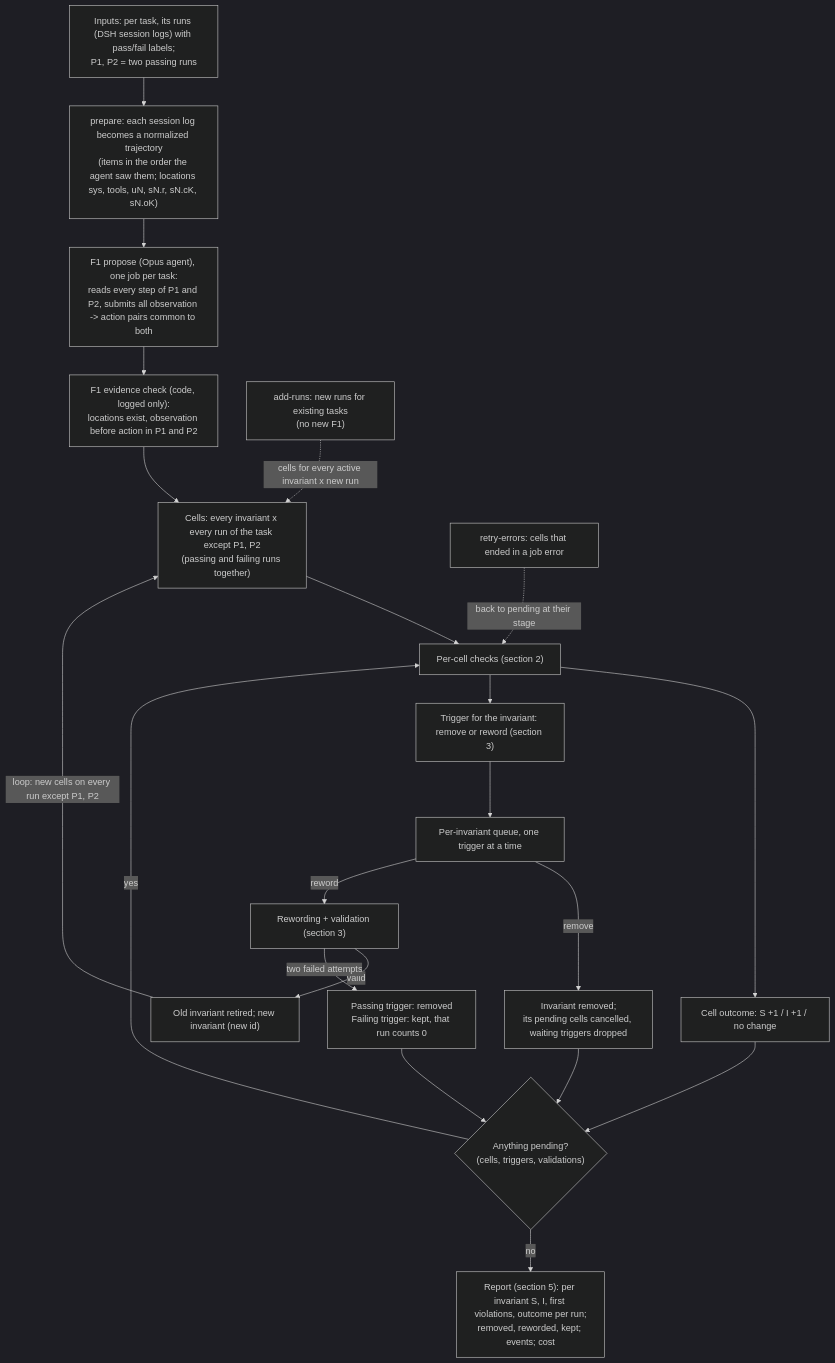
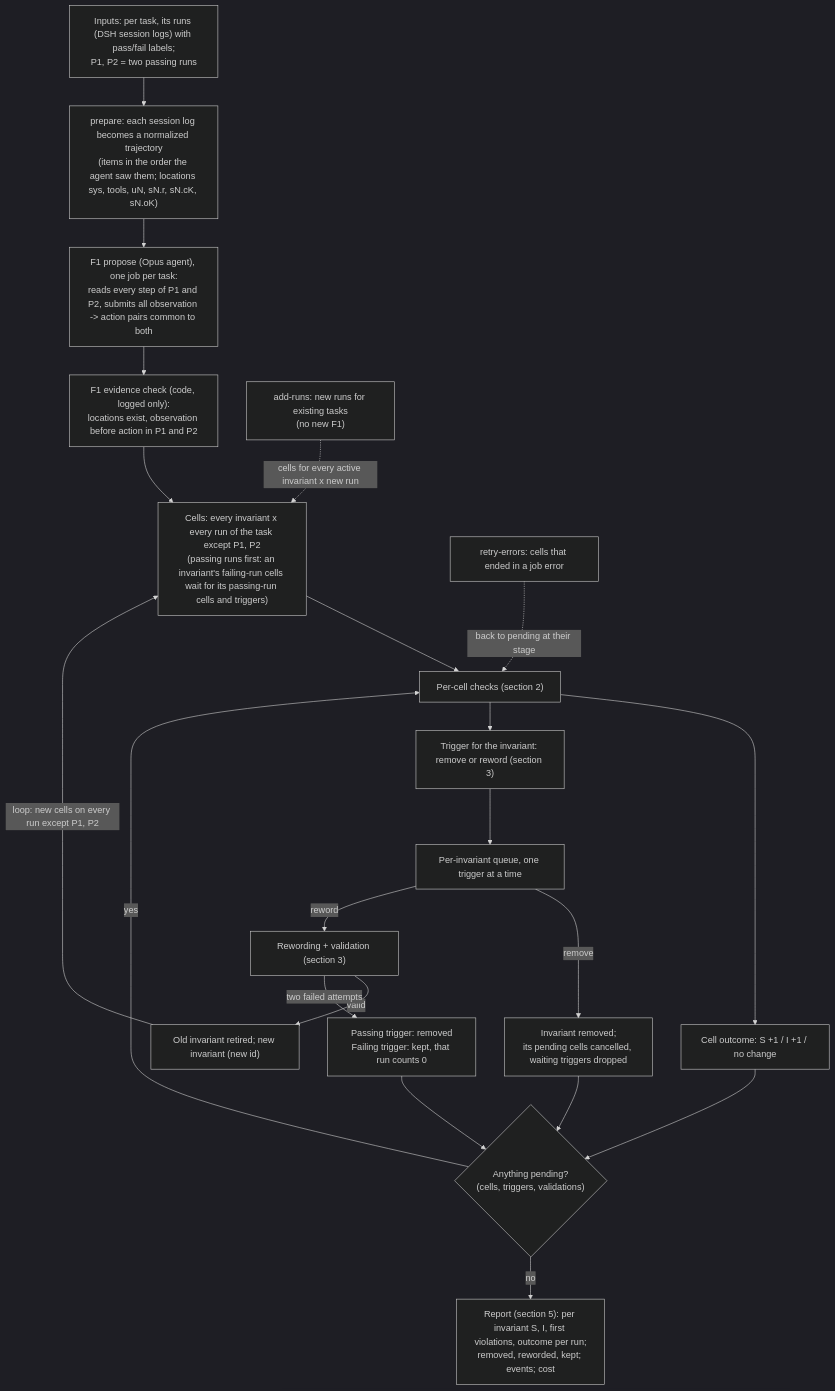
Before and after one commit to div652/invariant-miner: the first of 5 diagrams in docs/2same-invariant-algo/FLOWCHART.md, drawn with Mermaid (dark theme). The commit also changed other lines of this file and 7 other files, not shown here.

Commit message:
invariant_mining: passing runs first (an invariant's failing-run cells wait for its passing-run cells and open triggers); config check_order; docs; QNA turn 60

````diff
--- a/docs/2same-invariant-algo/FLOWCHART.md
+++ b/docs/2same-invariant-algo/FLOWCHART.md
@@ -11,23 +11,23 @@
 ```mermaid
 flowchart TD
     IN["Inputs: per task, its runs (DSH session logs) with pass/fail labels;<br/>P1, P2 = two passing runs"] --> PREP["prepare: each session log becomes a normalized trajectory<br/>(items in the order the agent saw them; locations sys, tools, uN, sN.r, sN.cK, sN.oK)"]
     PREP --> F1["F1 propose (Opus agent), one job per task:<br/>reads every step of P1 and P2, submits all observation -> action pairs common to both"]
     F1 --> EVC["F1 evidence check (code, logged only):<br/>locations exist, observation before action in P1 and P2"]
-    EVC --> CELLS["Cells: every invariant x every run of the task except P1, P2<br/>(passing and failing runs together)"]
+    EVC --> CELLS["Cells: every invariant x every run of the task except P1, P2<br/>(passing runs first: an invariant's failing-run cells wait for its passing-run cells and triggers)"]
     CELLS --> CELL["Per-cell checks (section 2)"]
     CELL --> PTS["Cell outcome: S +1 / I +1 / no change"]
     CELL --> TRIG["Trigger for the invariant: remove or reword (section 3)"]
     TRIG --> Q["Per-invariant queue, one trigger at a time"]
     Q -->|remove| RM["Invariant removed;<br/>its pending cells cancelled, waiting triggers dropped"]
     Q -->|reword| RW["Rewording + validation (section 3)"]
     RW -->|valid| NEWINV["Old invariant retired; new invariant (new id)"]
     NEWINV -->|"loop: new cells on every run except P1, P2"| CELLS
     RW -->|"two failed attempts"| KEEPRM["Passing trigger: removed<br/>Failing trigger: kept, that run counts 0"]
     PTS --> DONE{"Anything pending?<br/>(cells, triggers, validations)"}
     RM --> DONE
     KEEPRM --> DONE
     DONE -->|yes| CELL
     DONE -->|no| REP["Report (section 5): per invariant S, I, first violations, outcome per run;<br/>removed, reworded, kept; events; cost"]
     ADD["add-runs: new runs for existing tasks<br/>(no new F1)"] -.->|"cells for every active invariant x new run"| CELLS
     RETRY["retry-errors: cells that ended in a job error"] -.->|"back to pending at their stage"| CELL
 ```
````
